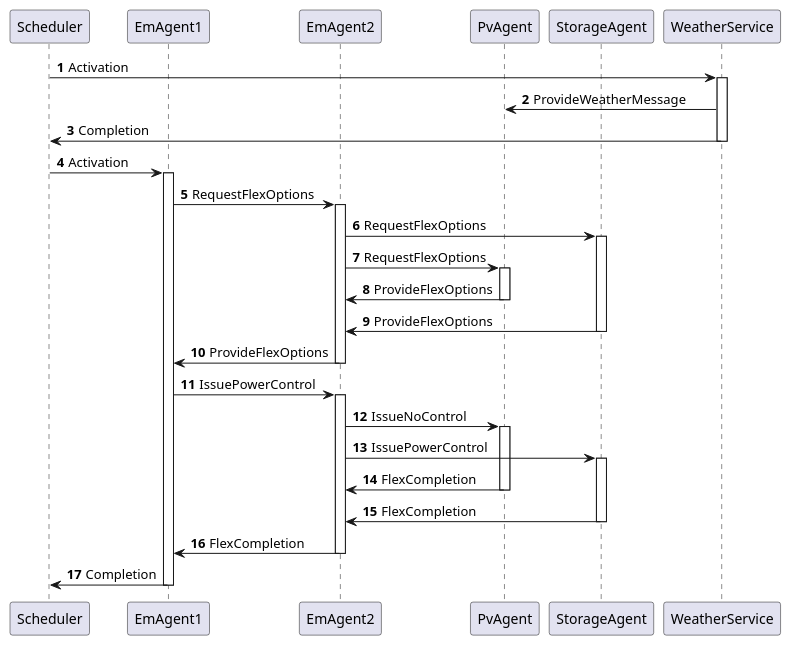
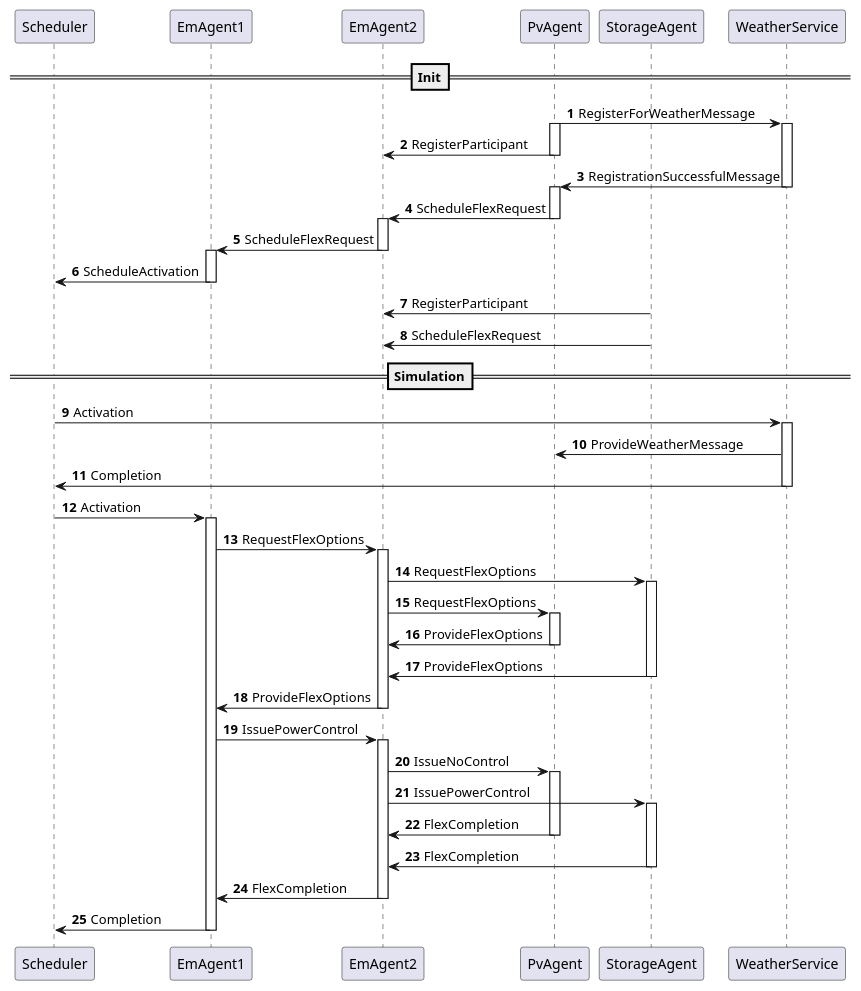
One commit to ie3-institute/simona changed the diagram in docs/uml/protocol/em/ControlledEm.puml. Above: the diagram before and after it, drawn with PlantUML. The commit also changed 1 other file, not shown here.

```diff
--- a/docs/uml/protocol/em/ControlledEm.puml
+++ b/docs/uml/protocol/em/ControlledEm.puml
@@ -1,64 +1,90 @@
 @startuml
 'https://plantuml.com/sequence-diagram
 
 ' set fixed order
 participant Scheduler
 participant EmAgent1
 participant EmAgent2
 participant PvAgent
 participant StorageAgent
 participant WeatherService
 
 autonumber
+
+==Init==
+
+PvAgent -> WeatherService: RegisterForWeatherMessage
+activate PvAgent
+activate WeatherService
+PvAgent -> EmAgent2: RegisterParticipant
+deactivate PvAgent
+
+WeatherService -> PvAgent: RegistrationSuccessfulMessage
+deactivate WeatherService
+activate PvAgent
+PvAgent -> EmAgent2: ScheduleFlexRequest
+deactivate PvAgent
+activate EmAgent2
+
+EmAgent2 -> EmAgent1: ScheduleFlexRequest
+deactivate EmAgent2
+activate EmAgent1
+EmAgent1 -> Scheduler: ScheduleActivation
+deactivate EmAgent1
+
+StorageAgent -> EmAgent2: RegisterParticipant
+StorageAgent -> EmAgent2: ScheduleFlexRequest
+
+==Simulation==
 
 Scheduler -> WeatherService: Activation
 activate WeatherService
 
 WeatherService -> PvAgent: ProvideWeatherMessage
 
 WeatherService -> Scheduler: Completion
 deactivate WeatherService
 
 Scheduler -> EmAgent1: Activation
 activate EmAgent1
 
 EmAgent1 -> EmAgent2: RequestFlexOptions
 activate EmAgent2
 
 EmAgent2 -> StorageAgent: RequestFlexOptions
 activate StorageAgent
 
 EmAgent2 -> PvAgent: RequestFlexOptions
 activate PvAgent
 
 PvAgent -> EmAgent2: ProvideFlexOptions
 deactivate PvAgent
 
 StorageAgent -> EmAgent2: ProvideFlexOptions
 deactivate StorageAgent
 
 EmAgent2 -> EmAgent1: ProvideFlexOptions
 deactivate EmAgent2
 
 EmAgent1 -> EmAgent2: IssuePowerControl
 activate EmAgent2
 
 EmAgent2 -> PvAgent: IssueNoControl
 activate PvAgent
 
 EmAgent2 -> StorageAgent: IssuePowerControl
 activate StorageAgent
 
 PvAgent -> EmAgent2: FlexCompletion
 deactivate PvAgent
 
 StorageAgent -> EmAgent2: FlexCompletion
 deactivate StorageAgent
 
 EmAgent2 -> EmAgent1: FlexCompletion
 deactivate EmAgent2
 
 EmAgent1 -> Scheduler: Completion
 deactivate EmAgent1
 
 @enduml
```
